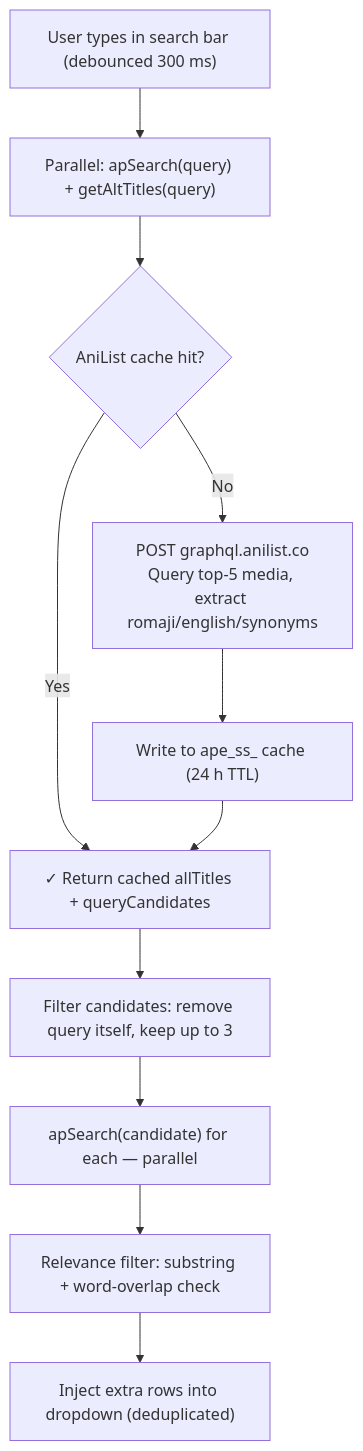
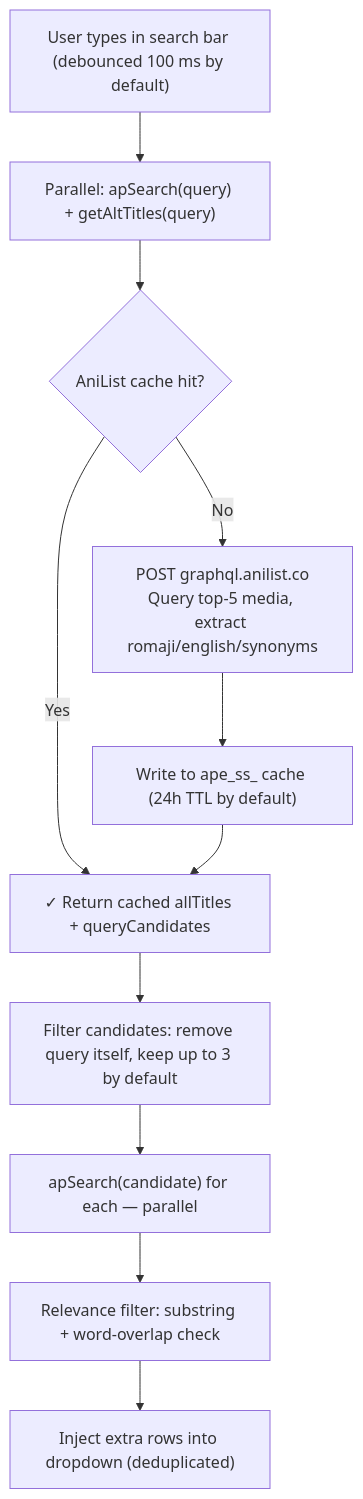
One commit to abdullahkhfb/animepahe-enhancer changed the fourth of 4 diagrams in README.md. Above: the diagram before and after it, drawn with Mermaid. The commit also changed other lines of this file and 1 other file, not shown here.

````diff
--- a/README.md
+++ b/README.md
@@ -311,13 +345,13 @@
 ```mermaid
 flowchart TD
-    A["User types in search bar (debounced 300 ms)"] --> B["Parallel: apSearch(query) + getAltTitles(query)"]
+    A["User types in search bar (debounced 100 ms by default)"] --> B["Parallel: apSearch(query) + getAltTitles(query)"]
     B --> C{AniList cache hit?}
     C -->|Yes| D["✓ Return cached allTitles + queryCandidates"]
     C -->|No| E["POST graphql.anilist.co\nQuery top-5 media, extract romaji/english/synonyms"]
-    E --> F["Write to ape_ss_ cache (24 h TTL)"]
+    E --> F["Write to ape_ss_ cache (24h TTL by default)"]
     F --> D
-    D --> G["Filter candidates: remove query itself, keep up to 3"]
+    D --> G["Filter candidates: remove query itself, keep up to 3 by default"]
     G --> H["apSearch(candidate) for each — parallel"]
     H --> I["Relevance filter: substring + word-overlap check"]
     I --> J["Inject extra rows into dropdown (deduplicated)"]
 ```
````
